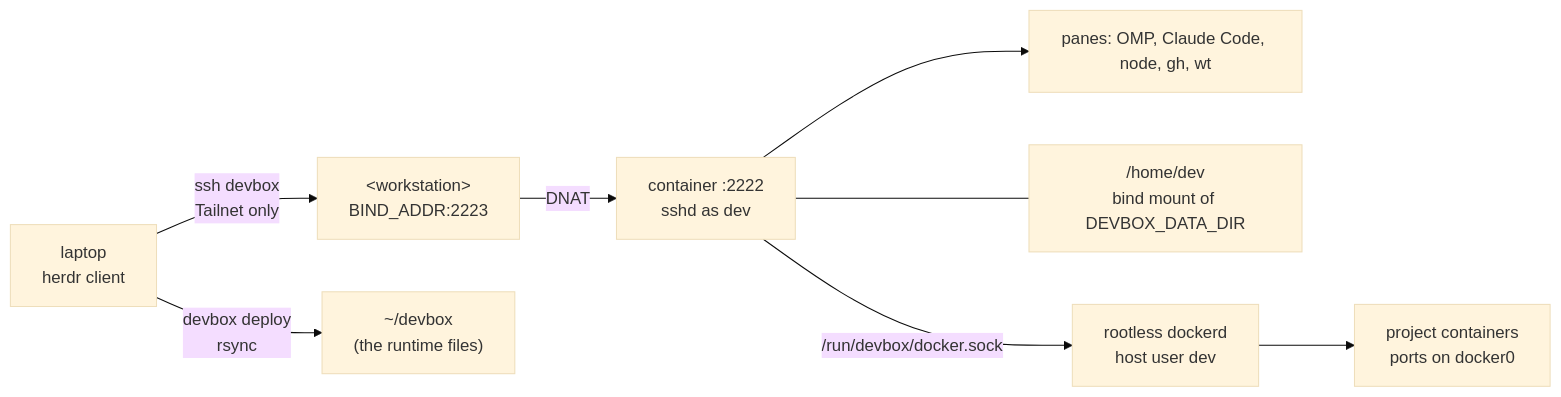
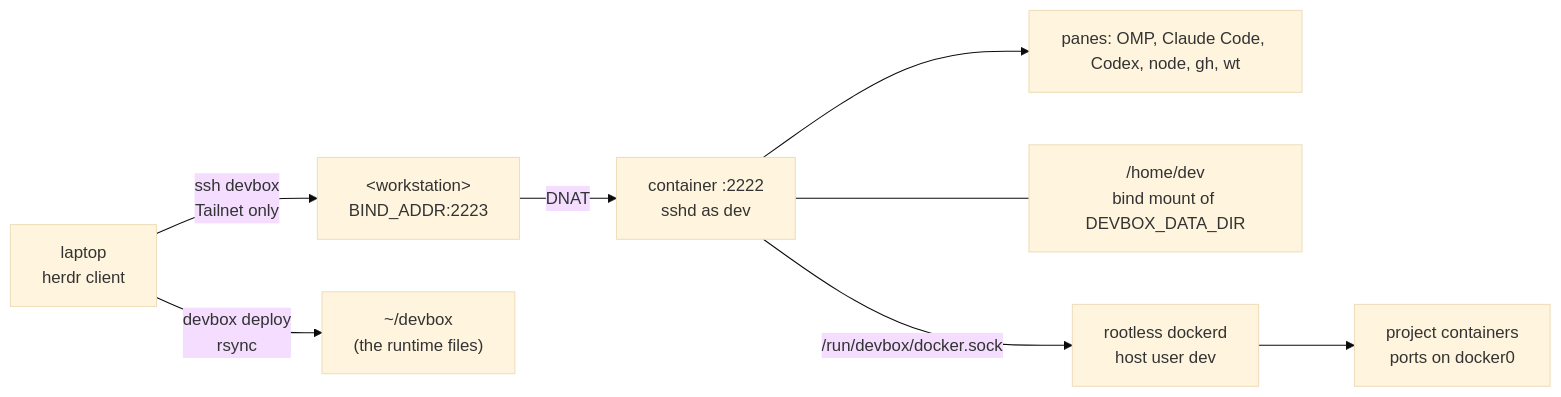
Before and after one commit to rozsival/devbox: the diagram in docs/architecture.md, drawn with Mermaid (base theme). The commit also changed other lines of this file and 38 other files, not shown here.

Commit message:
feat: run openai codex through the agent launchers alongside omp and claude

````diff
--- a/docs/architecture.md
+++ b/docs/architecture.md
@@ -14,10 +14,10 @@
 ```mermaid
 flowchart LR
   L["laptop<br/>herdr client"] -->|" ssh devbox<br/>Tailnet only "| H["&lt;workstation&gt;<br/>BIND_ADDR:2223"]
   L -->|" devbox deploy<br/>rsync "| R["~/devbox<br/>(the runtime files)"]
   H -->|" DNAT "| C["container :2222<br/>sshd as dev"]
-  C --> P["panes: OMP, Claude Code, node, gh, wt"]
+  C --> P["panes: OMP, Claude Code, Codex, node, gh, wt"]
   C --- V["/home/dev<br/>bind mount of DEVBOX_DATA_DIR"]
   C -->|" /run/devbox/docker.sock "| D["rootless dockerd<br/>host user dev"]
   D --> J["project containers<br/>ports on docker0"]
 ```
````
